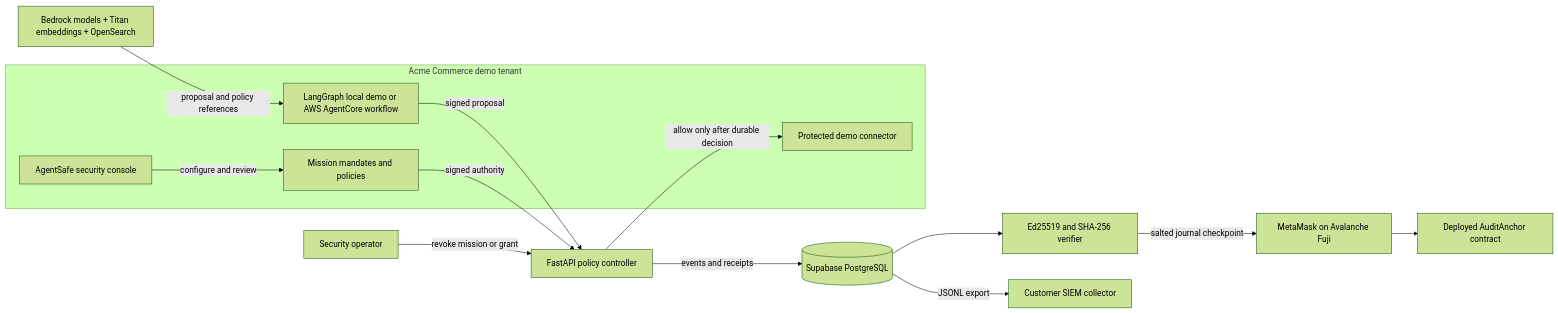
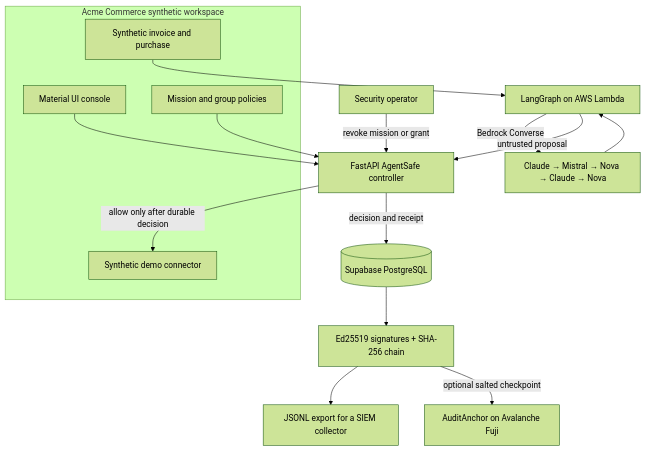
The second of 2 diagrams in HOW_AGENTSAFE_WORKS.md (Agent-safe/agentsafe), drawn with Mermaid (forest theme) before and after one commit. The commit also changed other lines of this file and 20 other files, not shown here.

Commit message:
Deploy AgentSafe AWS LangGraph controller path

````diff
--- a/HOW_AGENTSAFE_WORKS.md
+++ b/HOW_AGENTSAFE_WORKS.md
@@ -79,20 +75,21 @@
 ```mermaid
-flowchart LR
-  subgraph Company[Acme Commerce demo tenant]
-    Console[AgentSafe security console]
-    Missions[Mission mandates and policies]
-    Workflow[LangGraph local demo or AWS AgentCore workflow]
-    Connector[Protected demo connector]
+flowchart TB
+  subgraph Company[Acme Commerce synthetic workspace]
+    Console[Material UI console]
+    Mission[Mission and group policies]
+    Scenario[Synthetic invoice and purchase]
+    Connector[Synthetic demo connector]
   end
-  Console -->|configure and review| Missions
-  Workflow -->|signed proposal| Controller[FastAPI policy controller]
-  Missions -->|signed authority| Controller
-  Controller -->|allow only after durable decision| Connector
-  Controller -->|events and receipts| DB[(Supabase PostgreSQL)]
-  DB --> Verify[Ed25519 and SHA-256 verifier]
-  Verify -->|salted journal checkpoint| Wallet[MetaMask on Avalanche Fuji]
-  Wallet --> Contract[Deployed AuditAnchor contract]
-  DB -->|JSONL export| SIEM[Customer SIEM collector]
-  AWS[Bedrock models + Titan embeddings + OpenSearch] -->|proposal and policy references| Workflow
-  Admin[Security operator] -->|revoke mission or grant| Controller
+  Console --> API[FastAPI AgentSafe controller]
+  Mission --> API
+  Scenario --> Workflow[LangGraph on AWS Lambda]
+  Workflow -->|Bedrock Converse| Models[Claude → Mistral → Nova → Claude → Nova]
+  Models --> Workflow
+  Workflow -->|untrusted proposal| API
+  API -->|decision and receipt| DB[(Supabase PostgreSQL)]
+  API -->|allow only after durable decision| Connector
+  DB --> Journal[Ed25519 signatures + SHA-256 chain]
+  Journal --> Export[JSONL export for a SIEM collector]
+  Journal -->|optional salted checkpoint| Fuji[AuditAnchor on Avalanche Fuji]
+  Operator[Security operator] -->|revoke mission or grant| API
 ```
````
